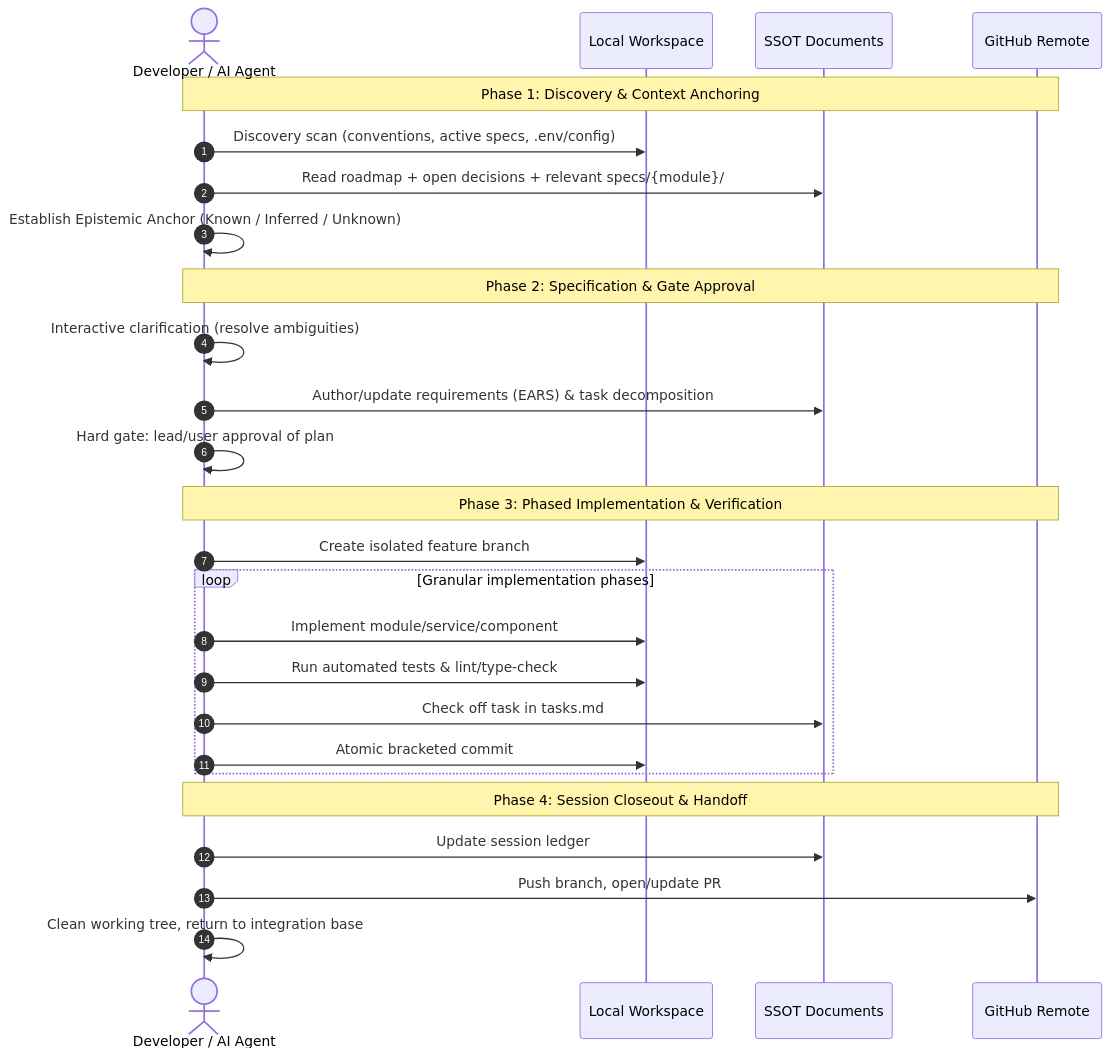
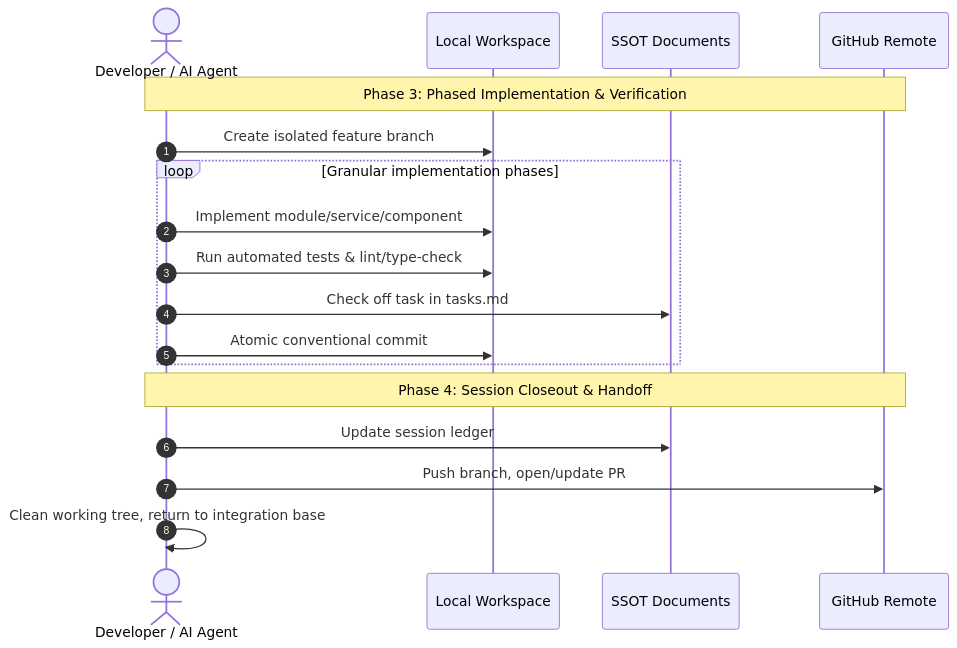
Before and after one commit to TrekLink-Team/treklink-docs: the third of 3 diagrams in _docs/01-conventions/01-session-based-development-and-ssot.md, drawn with Mermaid. The commit also changed other lines of this file and 30 other files, not shown here.

First line of the commit message:
docs: adopt SEP490 model, swimlane main flows, computed figure placement

````diff
--- a/_docs/01-conventions/01-session-based-development-and-ssot.md
+++ b/_docs/01-conventions/01-session-based-development-and-ssot.md
@@ -64,32 +92,22 @@
 ```mermaid
 sequenceDiagram
     autonumber
     actor Dev as Developer / AI Agent
     participant Repo as Local Workspace
     participant SSOT as SSOT Documents
     participant Remote as GitHub Remote
 
-    Note over Dev,Remote: Phase 1: Discovery & Context Anchoring
-    Dev->>Repo: Discovery scan (conventions, active specs, .env/config)
-    Dev->>SSOT: Read roadmap + open decisions + relevant specs/{module}/
-    Dev->>Dev: Establish Epistemic Anchor (Known / Inferred / Unknown)
-
-    Note over Dev,Remote: Phase 2: Specification & Gate Approval
-    Dev->>Dev: Interactive clarification (resolve ambiguities)
-    Dev->>SSOT: Author/update requirements (EARS) & task decomposition
-    Dev->>Dev: Hard gate: lead/user approval of plan
-
     Note over Dev,Remote: Phase 3: Phased Implementation & Verification
     Dev->>Repo: Create isolated feature branch
     loop Granular implementation phases
         Dev->>Repo: Implement module/service/component
         Dev->>Repo: Run automated tests & lint/type-check
         Dev->>SSOT: Check off task in tasks.md
-        Dev->>Repo: Atomic bracketed commit
+        Dev->>Repo: Atomic conventional commit
     end
 
     Note over Dev,Remote: Phase 4: Session Closeout & Handoff
     Dev->>SSOT: Update session ledger
     Dev->>Remote: Push branch, open/update PR
     Dev->>Dev: Clean working tree, return to integration base
 ```
````
